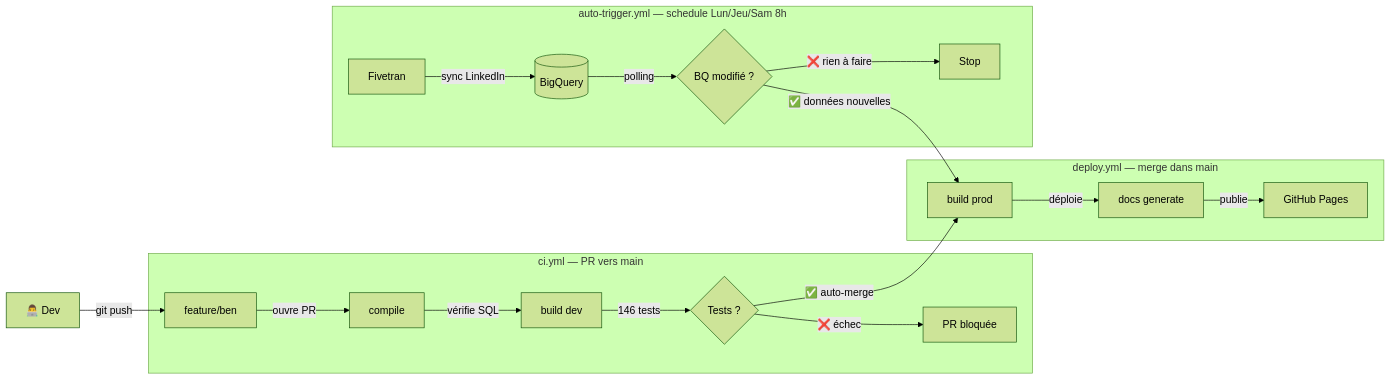
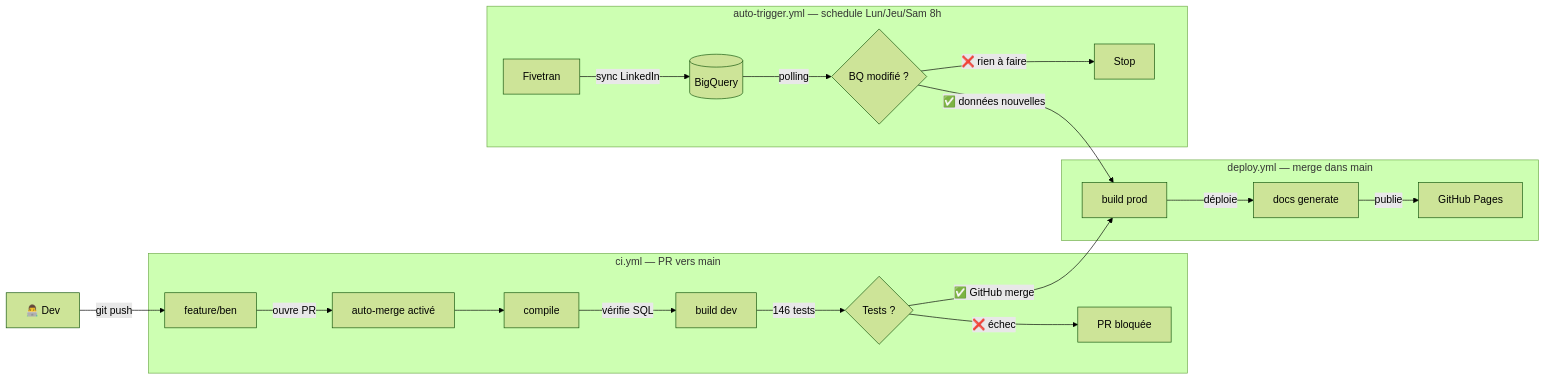
One commit to ballates/linkyhub_dbt changed the second of 5 diagrams in README.md. Above: the diagram before and after it, drawn with Mermaid (forest theme). The commit also changed other lines of this file and 3 other files, not shown here.

Commit message:
Add auto merge trigger

````diff
--- a/README.md
+++ b/README.md
@@ -239,21 +240,21 @@
 ```mermaid
 flowchart LR
     dev[👨‍💻 Dev] -->|"git push"| branch[feature/ben]
 
     subgraph ci ["ci.yml — PR vers main"]
-        branch -->|"ouvre PR"| c1[compile] -->|"vérifie SQL"| c2[build dev] -->|"146 tests"| c3{Tests ?}
+        branch -->|"ouvre PR"| am[auto-merge activé] --> c1[compile] -->|"vérifie SQL"| c2[build dev] -->|"146 tests"| c3{Tests ?}
         c3 -->|"❌ échec"| block[PR bloquée]
     end
 
     subgraph deploy ["deploy.yml — merge dans main"]
         d1[build prod] -->|"déploie"| d2[docs generate] -->|"publie"| d3[GitHub Pages]
     end
 
     subgraph trigger ["auto-trigger.yml — schedule Lun/Jeu/Sam 8h"]
         fivetran[Fivetran] -->|"sync LinkedIn"| bq[(BigQuery)] -->|"polling"| t2{BQ modifié ?}
         t2 -->|"❌ rien à faire"| t3[Stop]
     end
 
-    c3 -->|"✅ auto-merge"| d1
+    c3 -->|"✅ GitHub merge"| d1
     t2 -->|"✅ données nouvelles"| d1
 ```
````
